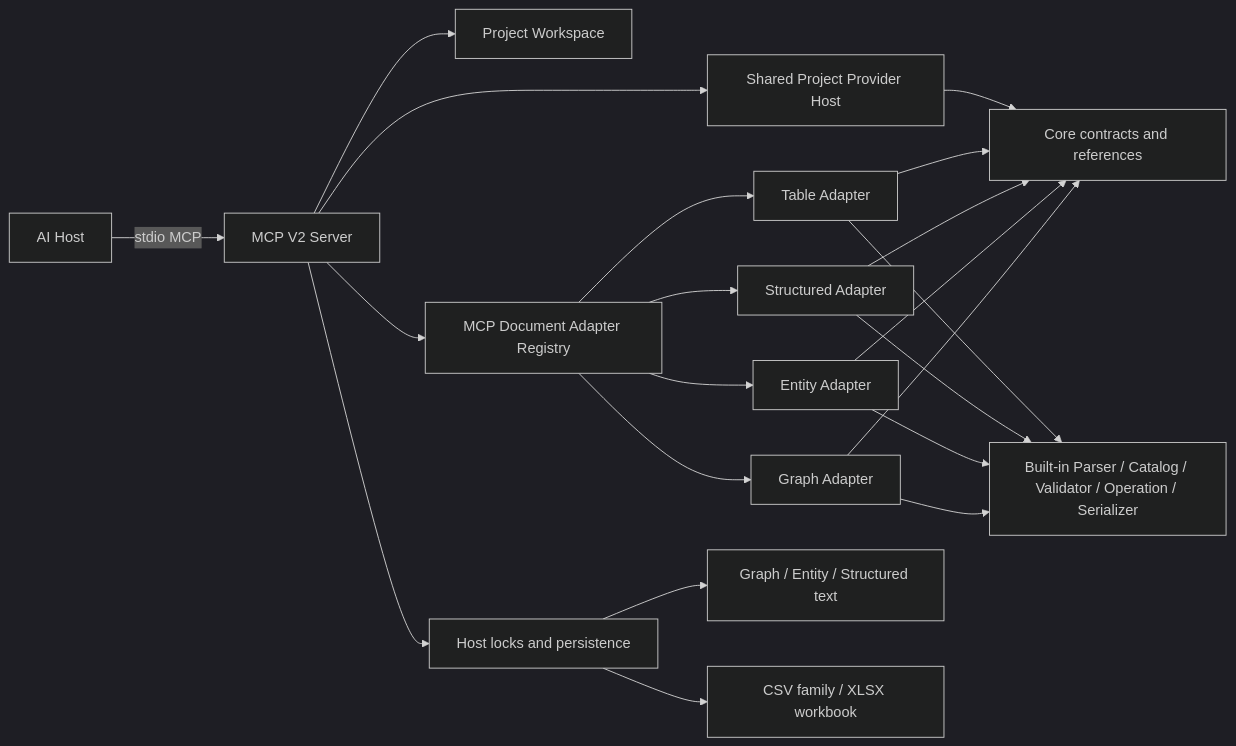
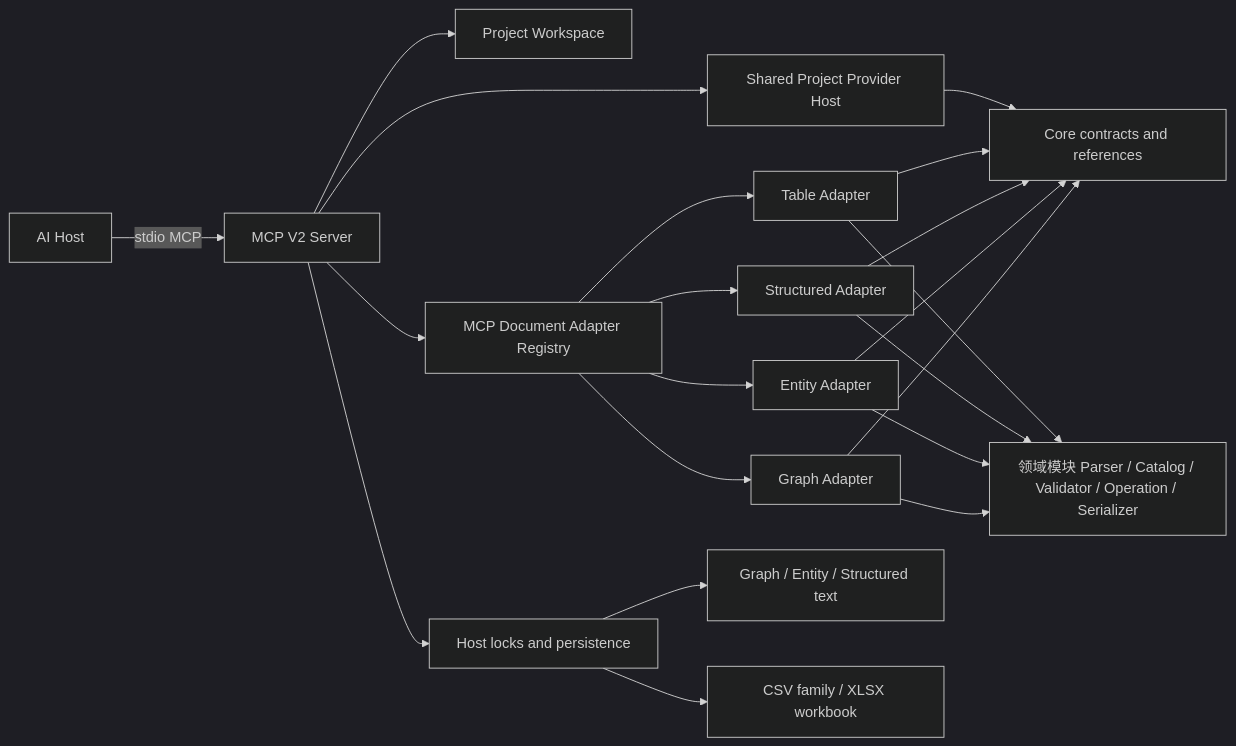
The first of 3 diagrams in Doc/VisualBridgeMcp.md (zh880517/VisualBridge), drawn with Mermaid (dark theme) before and after one commit. The commit also changed other lines of this file and 27 other files, not shown here.

Commit message:
G2b Publish the debug and module architecture docs

````diff
--- a/Doc/VisualBridgeMcp.md
+++ b/Doc/VisualBridgeMcp.md
@@ -23,23 +23,23 @@
 ```mermaid
 flowchart LR
   AI[AI Host] -->|stdio MCP| Server[MCP V2 Server]
   Server --> Project[Project Workspace]
   Server --> Registry[MCP Document Adapter Registry]
   Server --> Provider[Shared Project Provider Host]
   Registry --> G[Graph Adapter]
   Registry --> E[Entity Adapter]
   Registry --> S[Structured Adapter]
   Registry --> T[Table Adapter]
   G --> Core[Core contracts and references]
   E --> Core
   S --> Core
   T --> Core
   Provider --> Core
-  G --> Domains[Built-in Parser / Catalog / Validator / Operation / Serializer]
+  G --> Domains[领域模块 Parser / Catalog / Validator / Operation / Serializer]
   E --> Domains
   S --> Domains
   T --> Domains
   Server --> Persistence[Host locks and persistence]
   Persistence --> Text[Graph / Entity / Structured text]
   Persistence --> Carriers[CSV family / XLSX workbook]
 ```
````
